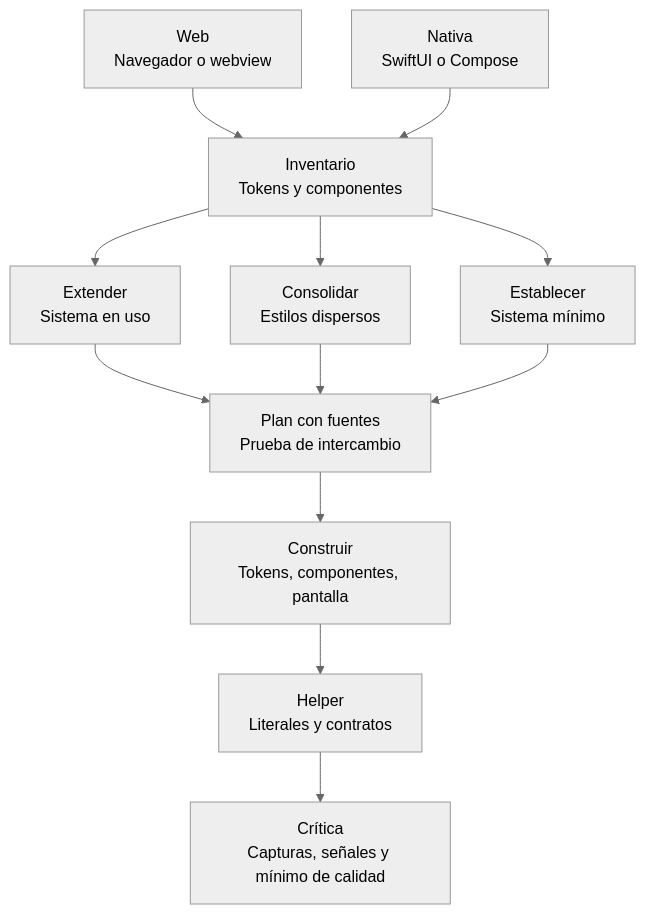
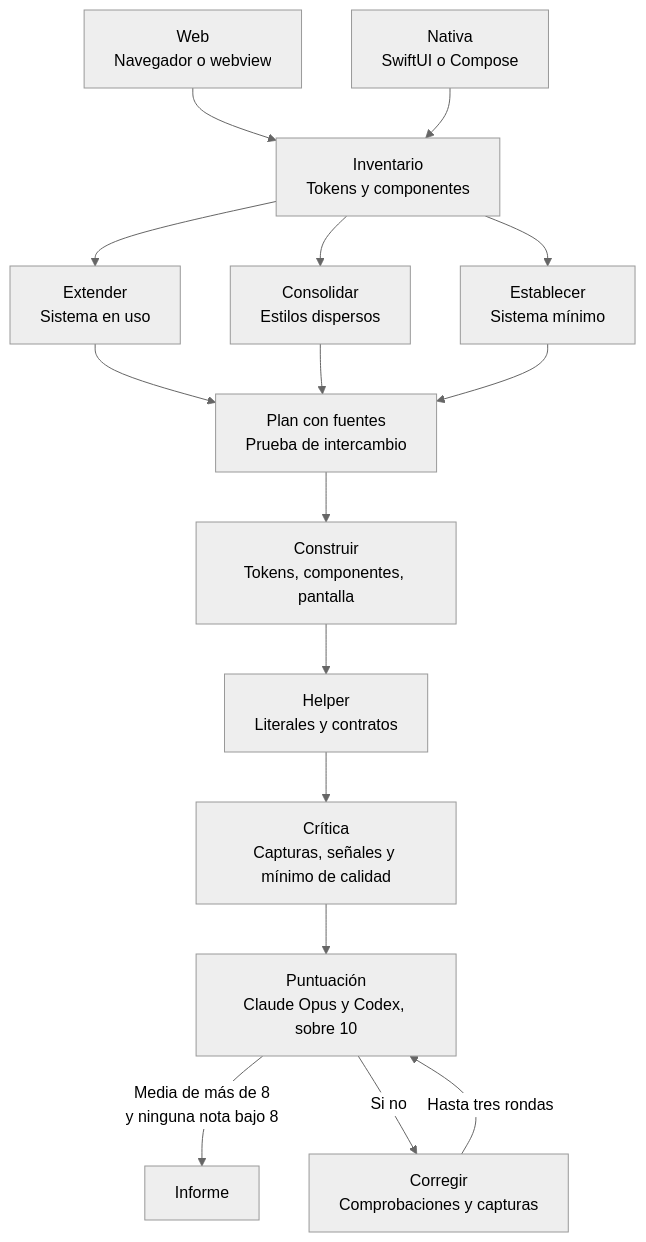
The second of 6 diagrams in README.md (peqa-ai/peqa-workflows), drawn with Mermaid (neutral theme) before and after one commit. The commit also changed other lines of this file and 7 other files, not shown here.

First line of the commit message:
feat(ui-design): puntuación de cambios visuales con Claude Opus y Codex (#7)

````diff
--- a/README.md
+++ b/README.md
@@ -60,20 +60,25 @@
 ```mermaid
 flowchart TD
     accTitle: Cómo trabaja ui-design con el sistema de diseño
-    accDescr: ui-design acepta interfaces web, incluidas las apps en webview, y pantallas nativas en SwiftUI o Jetpack Compose, y las lleva por el mismo proceso. Inventaría los tokens y componentes del proyecto. Si hay un sistema en uso, lo extiende; si hay estilos dispersos, consolida lo que toca la tarea; si no hay nada, establece un sistema mínimo. Después planifica con fuentes, aplica la prueba de intercambio, construye desde el sistema, comprueba el diff con el helper y critica el resultado.
+    accDescr: ui-design acepta interfaces web, incluidas las apps en webview, y pantallas nativas en SwiftUI o Jetpack Compose, y las lleva por el mismo proceso. Inventaría los tokens y componentes del proyecto. Si hay un sistema en uso, lo extiende; si hay estilos dispersos, consolida lo que toca la tarea; si no hay nada, establece un sistema mínimo. Después planifica con fuentes, aplica la prueba de intercambio, construye desde el sistema, comprueba el diff con el helper y critica el resultado. Por último, Claude Opus y Codex puntúan la interfaz sobre 10: con una media de más de 8 y ninguna nota por debajo de 8 termina; si no, corrige, repite comprobaciones y capturas y vuelve a puntuar, hasta tres rondas.
 
     web["Web<br/>Navegador o webview"]
     nativa["Nativa<br/>SwiftUI o Compose"]
     inventario["Inventario<br/>Tokens y componentes"]
     extender["Extender<br/>Sistema en uso"]
     consolidar["Consolidar<br/>Estilos dispersos"]
     establecer["Establecer<br/>Sistema mínimo"]
     plan["Plan con fuentes<br/>Prueba de intercambio"]
     construir["Construir<br/>Tokens, componentes, pantalla"]
     helper["Helper<br/>Literales y contratos"]
     critica["Crítica<br/>Capturas, señales y mínimo de calidad"]
+    puntuacion["Puntuación<br/>Claude Opus y Codex, sobre 10"]
+    listo["Informe"]
+    corregir["Corregir<br/>Comprobaciones y capturas"]
 
     web & nativa --> inventario
     inventario --> extender & consolidar & establecer
-    extender & consolidar & establecer --> plan --> construir --> helper --> critica
+    extender & consolidar & establecer --> plan --> construir --> helper --> critica --> puntuacion
+    puntuacion -->|"Media de más de 8<br/>y ninguna nota bajo 8"| listo
+    puntuacion -->|"Si no"| corregir -->|"Hasta tres rondas"| puntuacion
 ```
````
